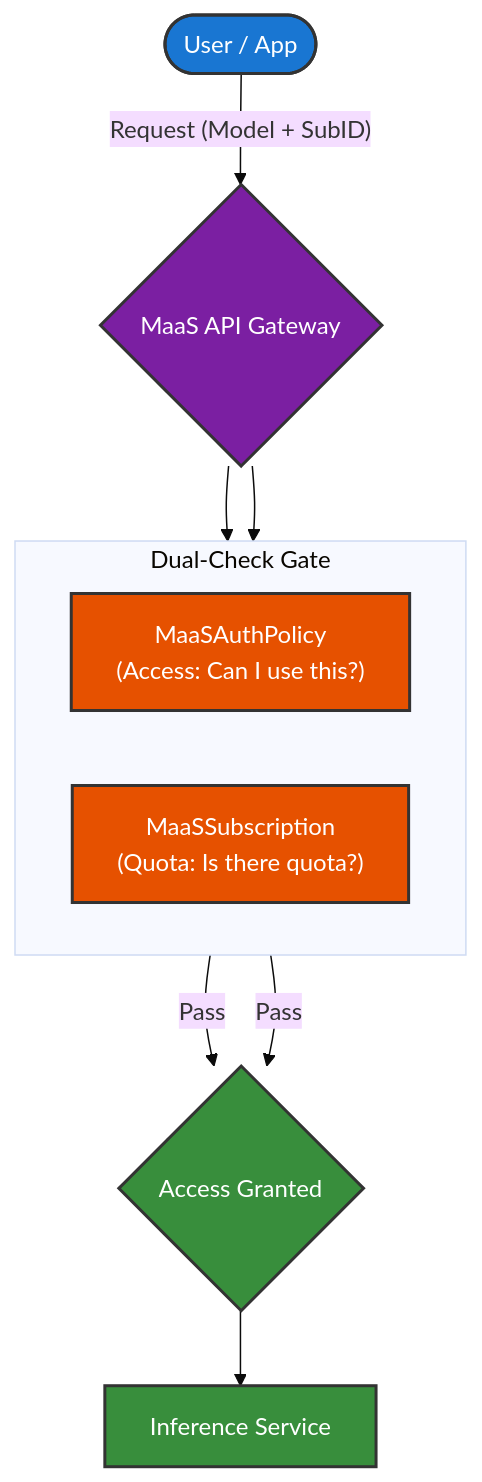
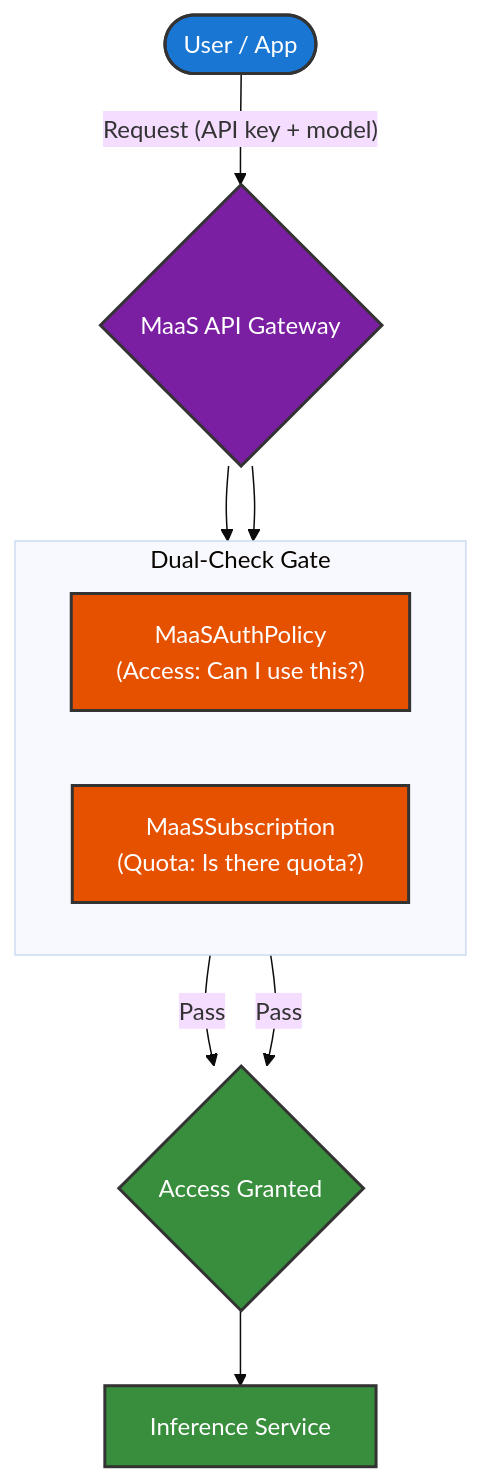
The diagram in docs/content/configuration-and-management/subscription-overview.md (SB159/maas-billing), drawn with Mermaid (base theme) before and after one commit. The commit also changed 10 other files, not shown here.

````diff
--- a/docs/content/configuration-and-management/subscription-overview.md
+++ b/docs/content/configuration-and-management/subscription-overview.md
@@ -7,25 +7,25 @@
 ```mermaid
 flowchart TD
-    User([User / App]) -- "Request (Model + SubID)" --> Gateway{MaaS API Gateway}
+    User([User / App]) -- "Request (API key + model)" --> Gateway{MaaS API Gateway}
 
     subgraph Validation ["Dual-Check Gate"]
         direction LR
         A["MaaSAuthPolicy<br/>(Access: Can I use this?)"]
         B["MaaSSubscription<br/>(Quota: Is there quota?)"]
     end
 
     Gateway --> A
     Gateway --> B
 
     A -- "Pass" --> BothPass
     B -- "Pass" --> BothPass
 
     BothPass{Access Granted} --> InferenceService["Inference Service"]
 
     style User fill:#1976d2,stroke:#333,stroke-width:2px,color:#fff
     style Gateway fill:#7b1fa2,stroke:#333,stroke-width:2px,color:#fff
     style A fill:#e65100,stroke:#333,stroke-width:2px,color:#fff
     style B fill:#e65100,stroke:#333,stroke-width:2px,color:#fff
     style BothPass fill:#388e3c,stroke:#333,stroke-width:2px,color:#fff
     style InferenceService fill:#388e3c,stroke:#333,stroke-width:2px,color:#fff
 ```
````
